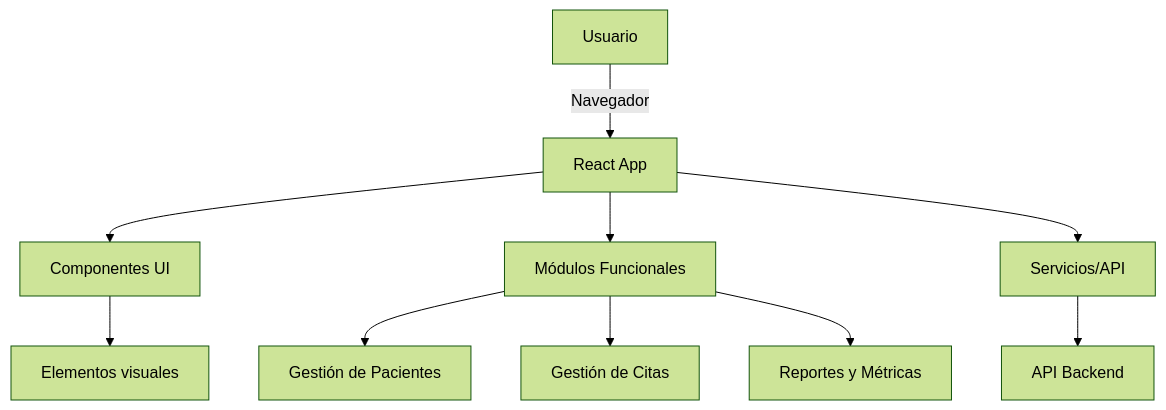
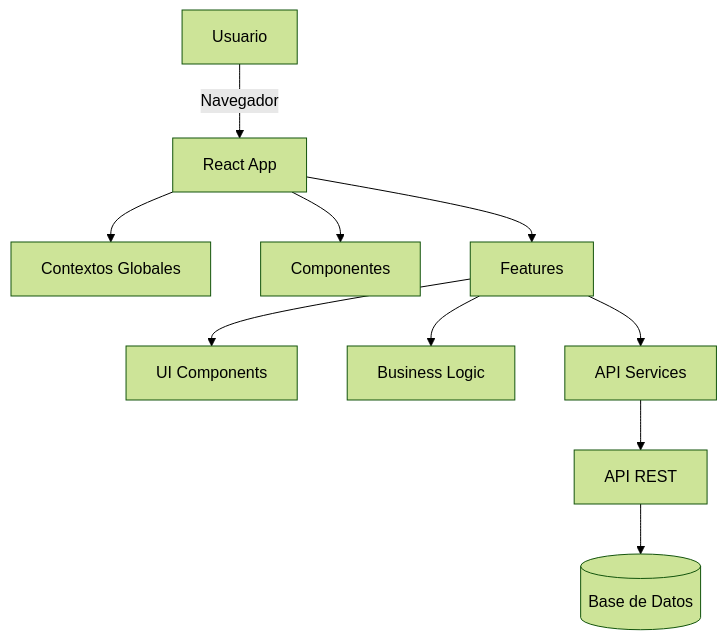
Before and after one commit to ReflexoPeru/ReflexoPeru-V2-Front: the diagram in README.md, drawn with Mermaid (forest theme). The commit also changed other lines of this file and 18 other files, not shown here.

````diff
--- a/README.md
+++ b/README.md
@@ -45,15 +163,14 @@
 ```mermaid
 flowchart TD
   Usuario -->|Navegador| Frontend[React App]
-  Frontend --> Componentes[Componentes UI]
-  Frontend --> Features[Módulos Funcionales]
-  Frontend --> Servicios[Servicios/API]
-  Componentes --> UI[Elementos visuales]
-  Features --> Pacientes[Gestión de Pacientes]
-  Features --> Citas[Gestión de Citas]
-  Features --> Reportes[Reportes y Métricas]
-  Servicios --> Backend[API Backend]
-
-
-
+  Frontend --> Context[Contextos Globales]
+  Frontend --> Components[Componentes]
+  Frontend --> Features[Features]
+  
+  Features --> UI[UI Components]
+  Features --> Hooks[Business Logic]
+  Features --> Services[API Services]
+  
+  Services --> Backend[API REST]
+  Backend --> Database[(Base de Datos)]
 ```
````
